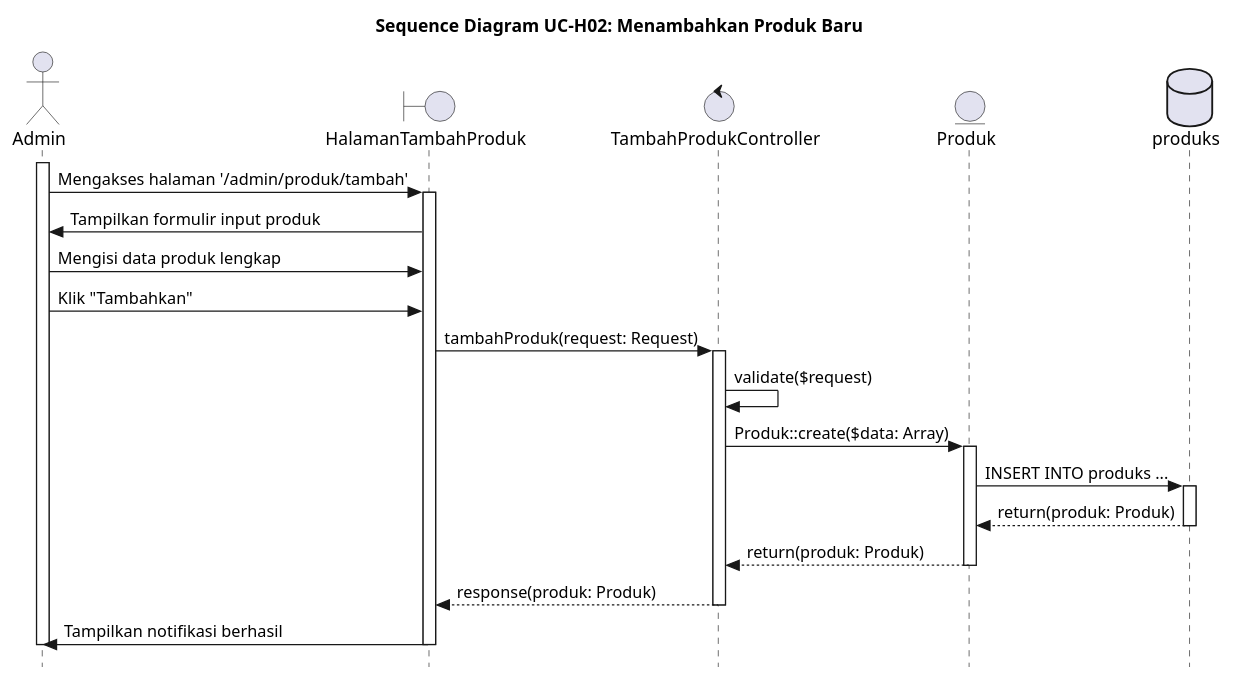
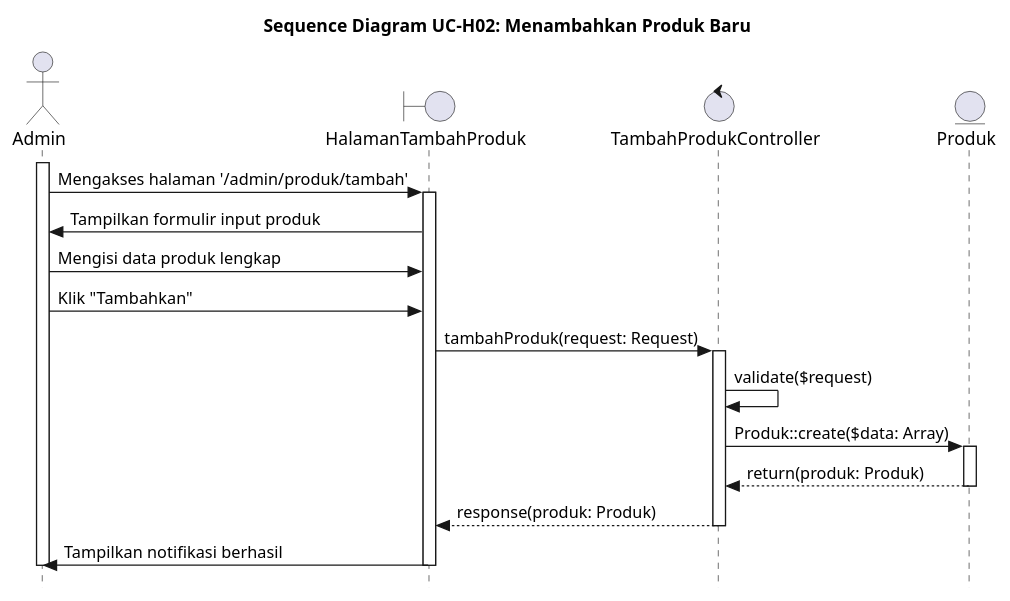
The diagram in UC-H02.PUML (alfiahnurfa/RSI-PROYEK-AKHIR-SEQUENCE), drawn with PlantUML before and after one commit. The commit also changed 29 other files, not shown here.

Commit message:
hapus aktor database dari semua sequence

```diff
--- a/UC-H02.PUML
+++ b/UC-H02.PUML
@@ -1,44 +1,37 @@
 @startuml SD-UC-H02_TambahProduk
 title Sequence Diagram UC-H02: Menambahkan Produk Baru
 skinparam style strictuml
 
 actor Admin
 boundary HalamanTambahProduk
 control TambahProdukController
 entity Produk
-database produks
 
 activate Admin
 
 Admin -> HalamanTambahProduk : Mengakses halaman '/admin/produk/tambah'
 activate HalamanTambahProduk
 
 HalamanTambahProduk -> Admin : Tampilkan formulir input produk
 Admin -> HalamanTambahProduk : Mengisi data produk lengkap
 Admin -> HalamanTambahProduk : Klik "Tambahkan"
 
 HalamanTambahProduk -> TambahProdukController : tambahProduk(request: Request)
 activate TambahProdukController
 
 TambahProdukController -> TambahProdukController : validate($request)
 
 TambahProdukController -> Produk : Produk::create($data: Array)
 activate Produk
 
-Produk -> produks : INSERT INTO produks ...
-activate produks
-
-produks --> Produk : return(produk: Produk)
-deactivate produks
-
 Produk --> TambahProdukController : return(produk: Produk)
 deactivate Produk
 
 TambahProdukController --> HalamanTambahProduk : response(produk: Produk)
 deactivate TambahProdukController
 
 HalamanTambahProduk -> Admin : Tampilkan notifikasi berhasil
 deactivate HalamanTambahProduk
 deactivate Admin
 
 @enduml
```
